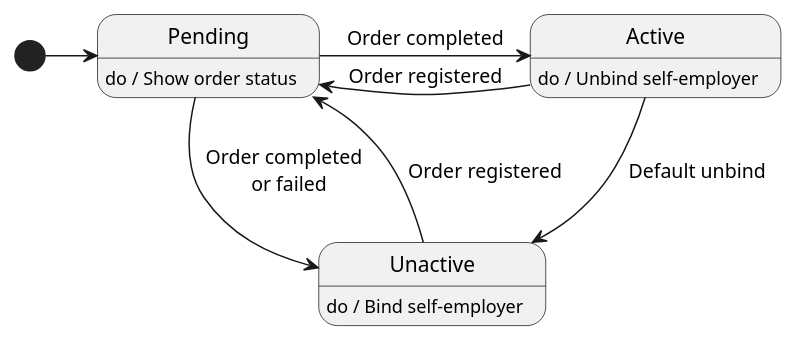
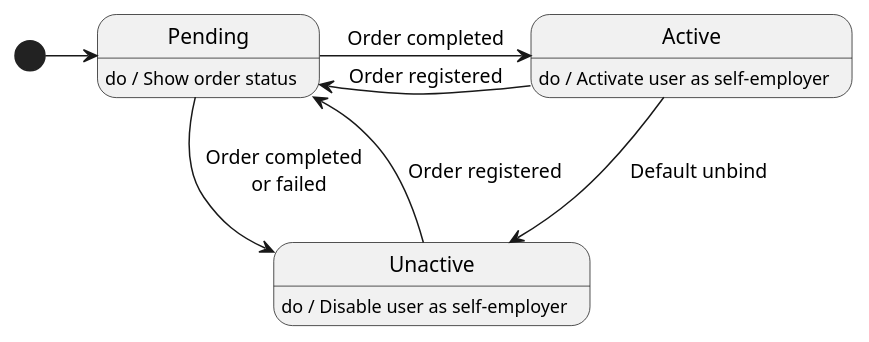
Before and after one commit to RaikBitters/ibank-internal-services: the diagram in diagrams/self-employed-service/state.puml, drawn with PlantUML. The commit also changed 2 other files, not shown here.

Commit message:
Udate diagrams.

```diff
--- a/diagrams/self-employed-service/state.puml
+++ b/diagrams/self-employed-service/state.puml
@@ -1,19 +1,19 @@
 @startuml
 
 [*] -> Pending
 
 Pending -> Active: Order completed
 Active -> Pending: Order registered
 
 Pending -> Unactive: Order completed \n or failed
 Unactive --> Pending: Order registered
 
 Active -> Unactive: Default unbind
 
 Pending: do / Show order status
 
-Active: do / Unbind self-employer
+Active: do / Activate user as self-employer 
 
-Unactive: do / Bind self-employer
+Unactive: do / Disable user as self-employer 
 
 @enduml
```
